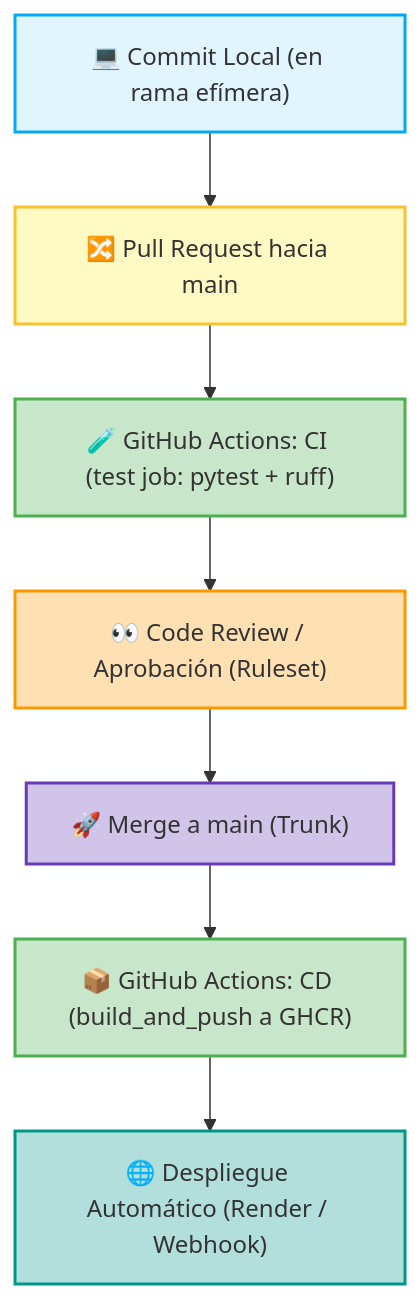
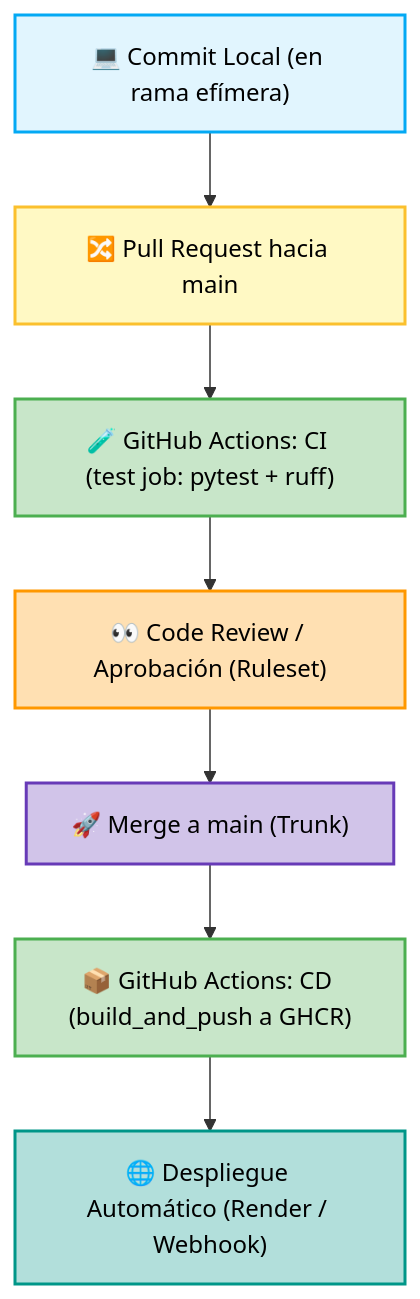
The diagram in SCRUM_TBD_PLAYBOOK.md (INGENIERO-JUAN/CICD), drawn with Mermaid before and after one commit.

Commit message:
docs: mejorar contraste de texto en diagrama Mermaid para modo oscuro de GitHub

````diff
--- a/SCRUM_TBD_PLAYBOOK.md
+++ b/SCRUM_TBD_PLAYBOOK.md
@@ -10,17 +10,17 @@
 ```mermaid
 flowchart TD
     A["💻 Commit Local (en rama efímera)"] --> B["🔀 Pull Request hacia main"]
     B --> C["🧪 GitHub Actions: CI (test job: pytest + ruff)"]
     C --> D["👀 Code Review / Aprobación (Ruleset)"]
     D --> E["🚀 Merge a main (Trunk)"]
     E --> F["📦 GitHub Actions: CD (build_and_push a GHCR)"]
     F --> G["🌐 Despliegue Automático (Render / Webhook)"]
     
-    style A fill:#e1f5fe,stroke:#03a9f4,stroke-width:2px
-    style B fill:#fff9c4,stroke:#fbc02d,stroke-width:2px
-    style C fill:#c8e6c9,stroke:#4caf50,stroke-width:2px
-    style D fill:#ffe0b2,stroke:#ff9800,stroke-width:2px
-    style E fill:#d1c4e9,stroke:#673ab7,stroke-width:2px
-    style F fill:#c8e6c9,stroke:#4caf50,stroke-width:2px
-    style G fill:#b2dfdb,stroke:#009688,stroke-width:2px
+    style A fill:#e1f5fe,stroke:#03a9f4,stroke-width:2px,color:#000000
+    style B fill:#fff9c4,stroke:#fbc02d,stroke-width:2px,color:#000000
+    style C fill:#c8e6c9,stroke:#4caf50,stroke-width:2px,color:#000000
+    style D fill:#ffe0b2,stroke:#ff9800,stroke-width:2px,color:#000000
+    style E fill:#d1c4e9,stroke:#673ab7,stroke-width:2px,color:#000000
+    style F fill:#c8e6c9,stroke:#4caf50,stroke-width:2px,color:#000000
+    style G fill:#b2dfdb,stroke:#009688,stroke-width:2px,color:#000000
 ```
````
